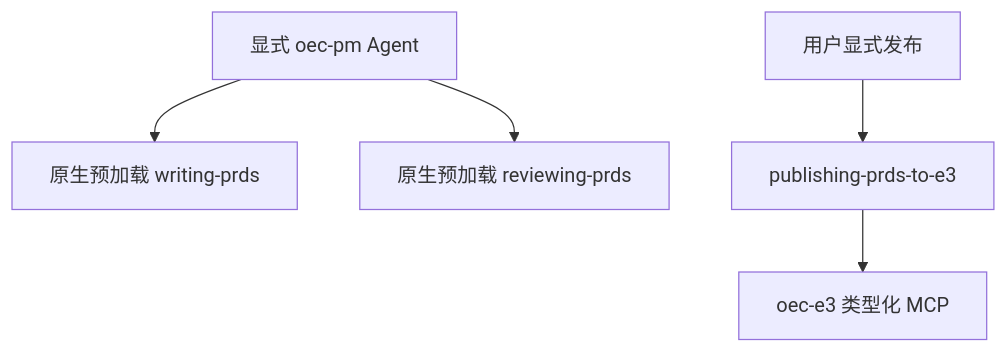
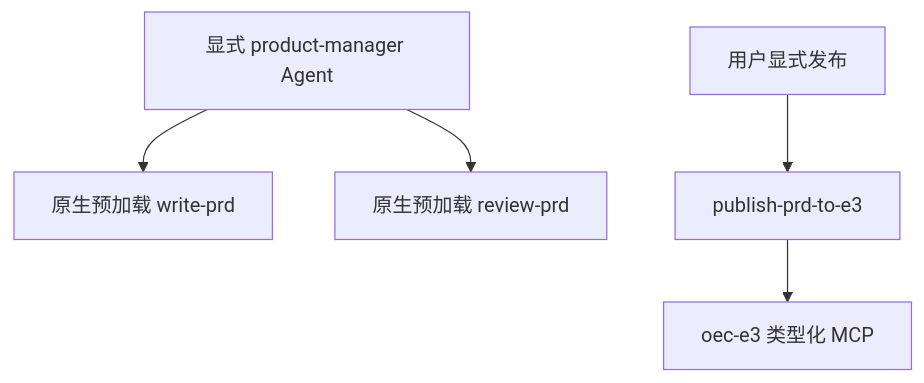
One commit to quanxinwang18-a11y/plainOEC-infra changed the third of 3 diagrams in docs/reviews/pm-implementation-review.md. Above: the diagram before and after it, drawn with Mermaid. The commit also changed other lines of this file and 259 other files, not shown here.

````diff
--- a/docs/reviews/pm-implementation-review.md
+++ b/docs/reviews/pm-implementation-review.md
@@ -92,7 +92,7 @@
 ```mermaid
 flowchart TD
-    A["显式 oec-pm Agent"] --> W["原生预加载 writing-prds"]
-    A --> R["原生预加载 reviewing-prds"]
-    U["用户显式发布"] --> P["publishing-prds-to-e3"]
+    A["显式 product-manager Agent"] --> W["原生预加载 write-prd"]
+    A --> R["原生预加载 review-prd"]
+    U["用户显式发布"] --> P["publish-prd-to-e3"]
     P --> M["oec-e3 类型化 MCP"]
 ```
````
